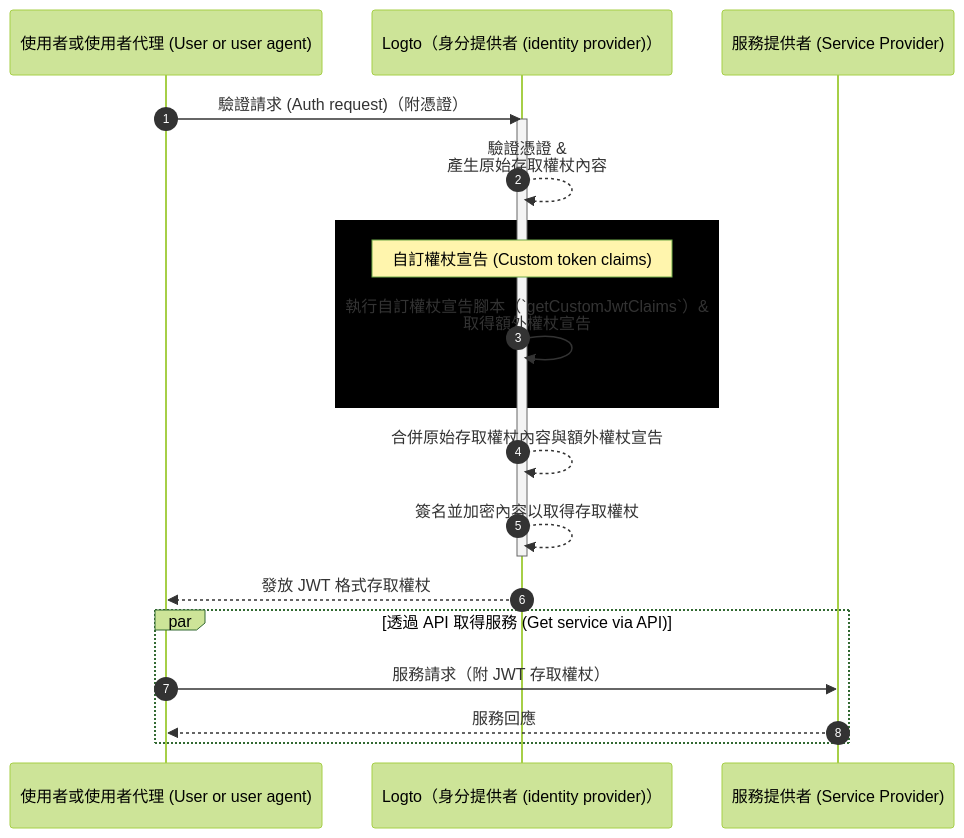
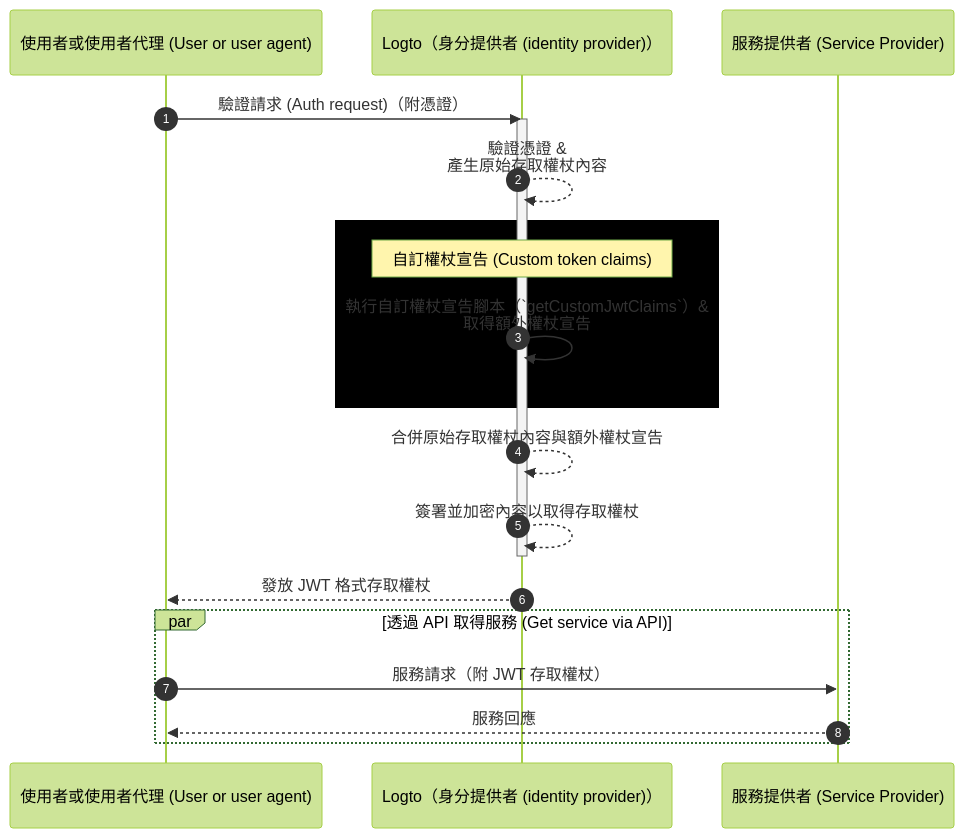
Before and after one commit to logto-io/docs: the diagram in i18n/zh-TW/docusaurus-plugin-content-docs/current/developers/custom-token-claims/README.mdx, drawn with Mermaid (forest theme). The commit also changed other lines of this file and 8 other files, not shown here.

````diff
--- a/i18n/zh-TW/docusaurus-plugin-content-docs/current/developers/custom-token-claims/README.mdx
+++ b/i18n/zh-TW/docusaurus-plugin-content-docs/current/developers/custom-token-claims/README.mdx
@@ -26,23 +26,23 @@
 ```mermaid
 sequenceDiagram
   participant U as 使用者或使用者代理 (User or user agent)
   participant IdP as Logto（身分提供者 (identity provider)）
   participant SP as 服務提供者 (Service Provider)
 
   autonumber
   U ->> IdP: 驗證請求 (Auth request)（附憑證）
   activate IdP
   IdP-->>IdP: 驗證憑證 &<br/>產生原始存取權杖內容
   rect var(--mermaid-rect-fill)
   note over IdP: 自訂權杖宣告 (Custom token claims)
   IdP->>IdP: 執行自訂權杖宣告腳本（`getCustomJwtClaims`）&<br/>取得額外權杖宣告
   end
   IdP-->>IdP: 合併原始存取權杖內容與額外權杖宣告
-  IdP-->>IdP: 簽名並加密內容以取得存取權杖
+  IdP-->>IdP: 簽署並加密內容以取得存取權杖
   deactivate IdP
   IdP-->>U: 發放 JWT 格式存取權杖
   par 透過 API 取得服務 (Get service via API)
   U->>SP: 服務請求（附 JWT 存取權杖）
   SP-->>U: 服務回應
   end
 ```
````
